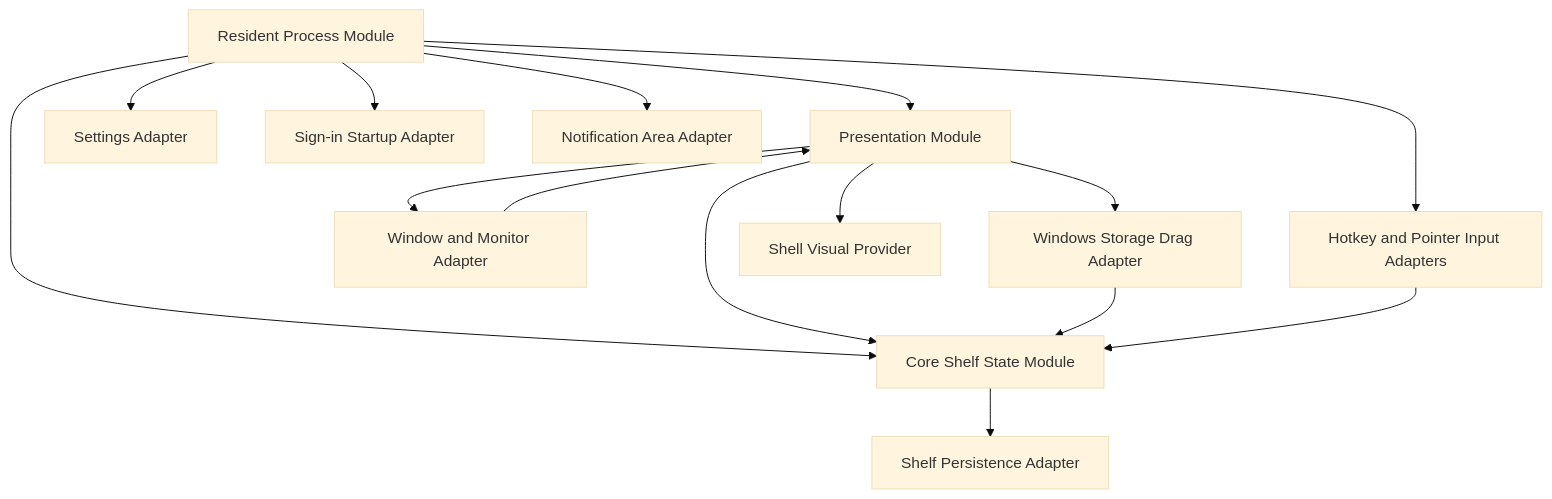
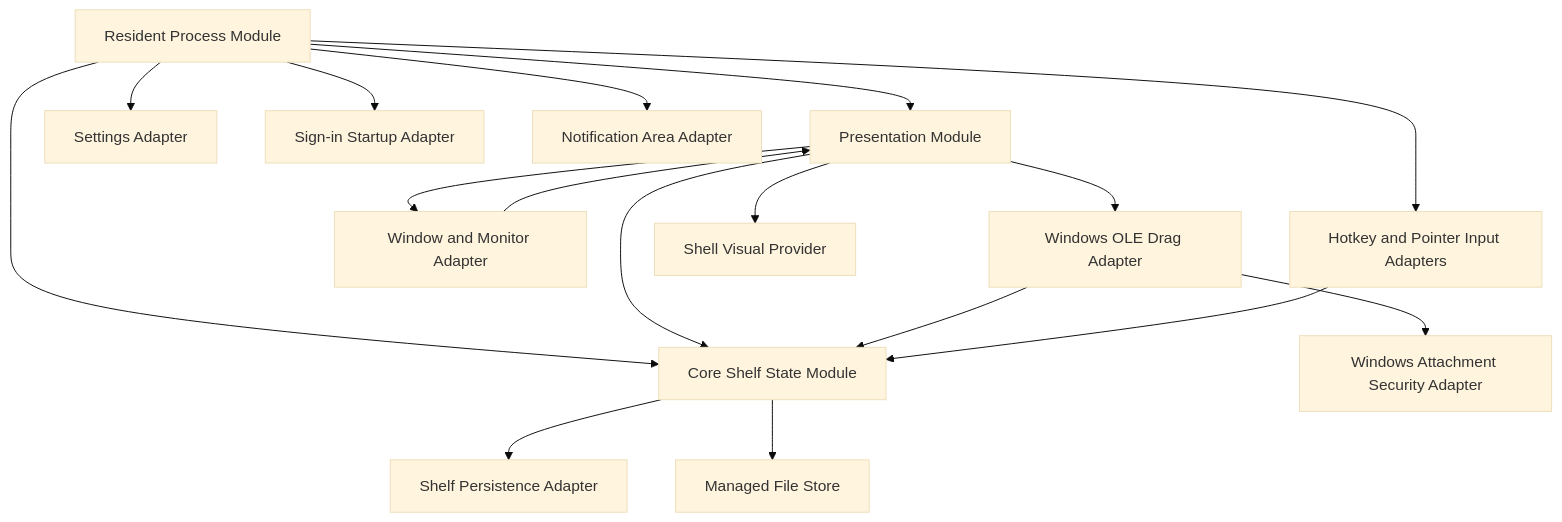
Before and after one commit to HungNth/DropCove: the first of 9 diagrams in docs/ARCHITECTURE.md, drawn with Mermaid (base theme). The commit also changed other lines of this file and 31 other files, not shown here.

````diff
--- a/docs/ARCHITECTURE.md
+++ b/docs/ARCHITECTURE.md
@@ -23,31 +24,35 @@
 ```mermaid
 graph TD
     Process[Resident Process Module]
     Presentation[Presentation Module]
     State[Core Shelf State Module]
     ShelfStore[Shelf Persistence Adapter]
+    ManagedFiles[Managed File Store]
     Settings[Settings Adapter]
     Startup[Sign-in Startup Adapter]
-    Drag[Windows Storage Drag Adapter]
+    Drag[Windows OLE Drag Adapter]
+    Attachment[Windows Attachment Security Adapter]
     Windowing[Window and Monitor Adapter]
     Input[Hotkey and Pointer Input Adapters]
     Tray[Notification Area Adapter]
     Visuals[Shell Visual Provider]
 
     Process --> Presentation
     Process --> State
     Process --> Settings
     Process --> Startup
     Process --> Input
     Process --> Tray
 
     Presentation --> State
     Presentation --> Drag
     Presentation --> Windowing
     Presentation --> Visuals
 
     State --> ShelfStore
+    State --> ManagedFiles
+    Drag --> Attachment
     Drag --> State
     Input --> State
     Windowing --> Presentation
 ```
````
